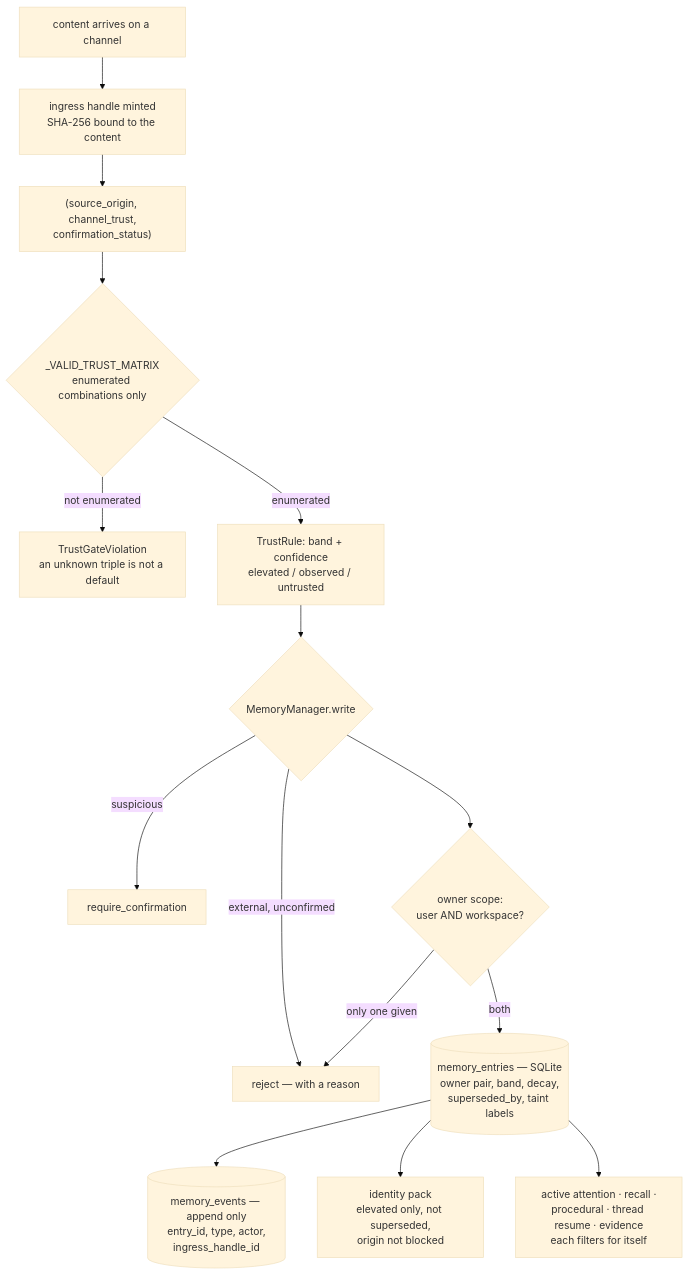
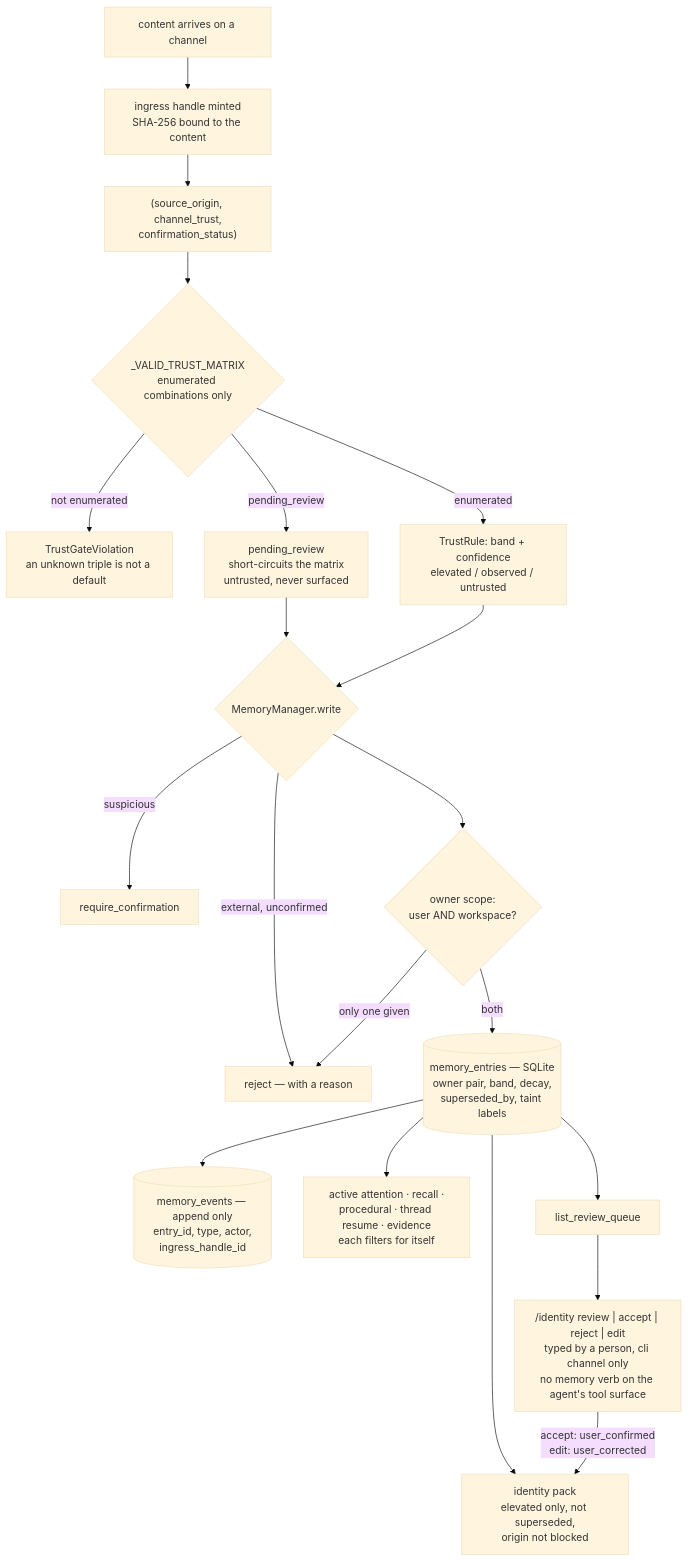
One commit to neoneye/agent-memory-atlas changed the diagram in content/systems/shisad.md. Above: the diagram before and after it, drawn with Mermaid (base theme). The commit also changed other lines of this file and 14 other files, not shown here.

````diff
--- a/content/systems/shisad.md
+++ b/content/systems/shisad.md
@@ -119,33 +124,41 @@
 ```mermaid
-%% caption: content arrives with an ingress handle that supplies a trust triple; the triple is looked up in a validated matrix that raises on an unknown combination, and the resulting band is set by the runtime rather than the caller; the write is a decision — allow, require confirmation, or reject — and owner scope is refused unless user and workspace are both given; six surfaces compile separately, and only identity filters on the trust band
+%% caption: content arrives with an ingress handle that supplies a trust triple; the triple is looked up in a validated matrix that raises on an unknown combination, and the resulting band is set by the runtime rather than the caller; the write is a decision — allow, require confirmation, or reject — and owner scope is refused unless user and workspace are both given; six surfaces compile separately, and only identity filters on the trust band; a pending-review entry waits in a queue until a person types the adjudicating command on the trusted channel
 flowchart TB
     IN["content arrives on a channel"]
     IH["ingress handle minted<br/>SHA-256 bound to the content"]
     TRIPLE["(source_origin, channel_trust,<br/>confirmation_status)"]
     MX{"_VALID_TRUST_MATRIX<br/>enumerated combinations only"}
     RAISE["TrustGateViolation<br/>an unknown triple is not a default"]
     BAND["TrustRule: band + confidence<br/>elevated / observed / untrusted"]
     DEC{"MemoryManager.write"}
     REJ["reject — with a reason"]
     CONF["require_confirmation"]
     OWN{"owner scope:<br/>user AND workspace?"}
     ST[("memory_entries — SQLite<br/>owner pair, band, decay,<br/>superseded_by, taint labels")]
     EV[("memory_events — append only<br/>entry_id, type, actor,<br/>ingress_handle_id")]
     ID["identity pack<br/>elevated only, not superseded,<br/>origin not blocked"]
     OTH["active attention · recall ·<br/>procedural · thread resume · evidence<br/>each filters for itself"]
+    PEND["pending_review<br/>short-circuits the matrix<br/>untrusted, never surfaced"]
+    RQ["list_review_queue"]
+    CMD["/identity review | accept | reject | edit<br/>typed by a person, cli channel only<br/>no memory verb on the agent's tool surface"]
 
     IN --> IH
     IH --> TRIPLE
     TRIPLE --> MX
     MX -->|"not enumerated"| RAISE
+    MX -->|"pending_review"| PEND
     MX -->|enumerated| BAND
+    PEND --> DEC
     BAND --> DEC
     DEC -->|"external, unconfirmed"| REJ
     DEC -->|suspicious| CONF
     DEC --> OWN
     OWN -->|"only one given"| REJ
     OWN -->|both| ST
     ST --> EV
     ST --> ID
     ST --> OTH
+    ST --> RQ
+    RQ --> CMD
+    CMD -->|"accept: user_confirmed<br/>edit: user_corrected"| ID
 ```
````
